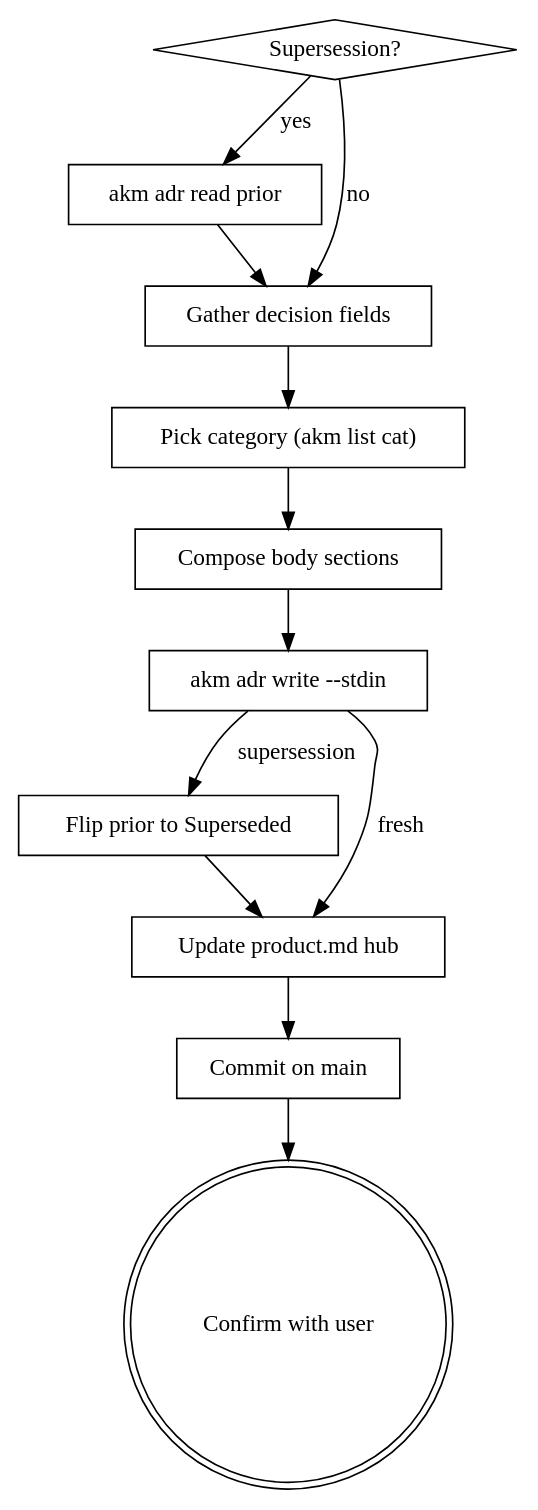
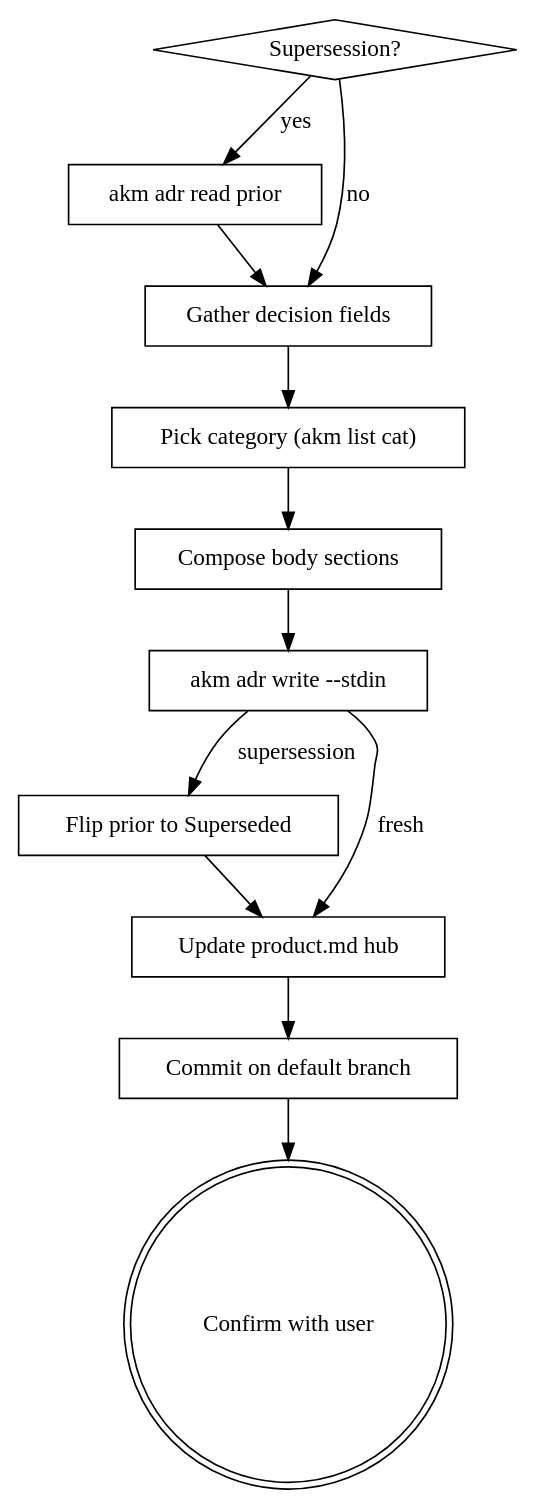
One commit to b3tchi/dotfiles changed the diagram in claude/marketplace/plugins/infinifu/skills/adr-write/SKILL.md. Above: the diagram before and after it, drawn with Graphviz. The commit also changed other lines of this file and 1 other file, not shown here.

First line of the commit message:
fix(akm): adr write — structured Id output + default-branch wording

````diff
--- a/claude/marketplace/plugins/infinifu/skills/adr-write/SKILL.md
+++ b/claude/marketplace/plugins/infinifu/skills/adr-write/SKILL.md
@@ -122,26 +134,26 @@
 ```dot
 digraph adr_create {
     "Supersession?" [shape=diamond];
     "akm adr read prior" [shape=box];
     "Gather decision fields" [shape=box];
     "Pick category (akm list cat)" [shape=box];
     "Compose body sections" [shape=box];
     "akm adr write --stdin" [shape=box];
     "Flip prior to Superseded" [shape=box];
     "Update product.md hub" [shape=box];
-    "Commit on main" [shape=box];
+    "Commit on default branch" [shape=box];
     "Confirm with user" [shape=doublecircle];
 
     "Supersession?" -> "akm adr read prior" [label="yes"];
     "Supersession?" -> "Gather decision fields" [label="no"];
     "akm adr read prior" -> "Gather decision fields";
     "Gather decision fields" -> "Pick category (akm list cat)";
     "Pick category (akm list cat)" -> "Compose body sections";
     "Compose body sections" -> "akm adr write --stdin";
     "akm adr write --stdin" -> "Flip prior to Superseded" [label="supersession"];
     "akm adr write --stdin" -> "Update product.md hub" [label="fresh"];
     "Flip prior to Superseded" -> "Update product.md hub";
-    "Update product.md hub" -> "Commit on main";
-    "Commit on main" -> "Confirm with user";
+    "Update product.md hub" -> "Commit on default branch";
+    "Commit on default branch" -> "Confirm with user";
 }
 ```
````
